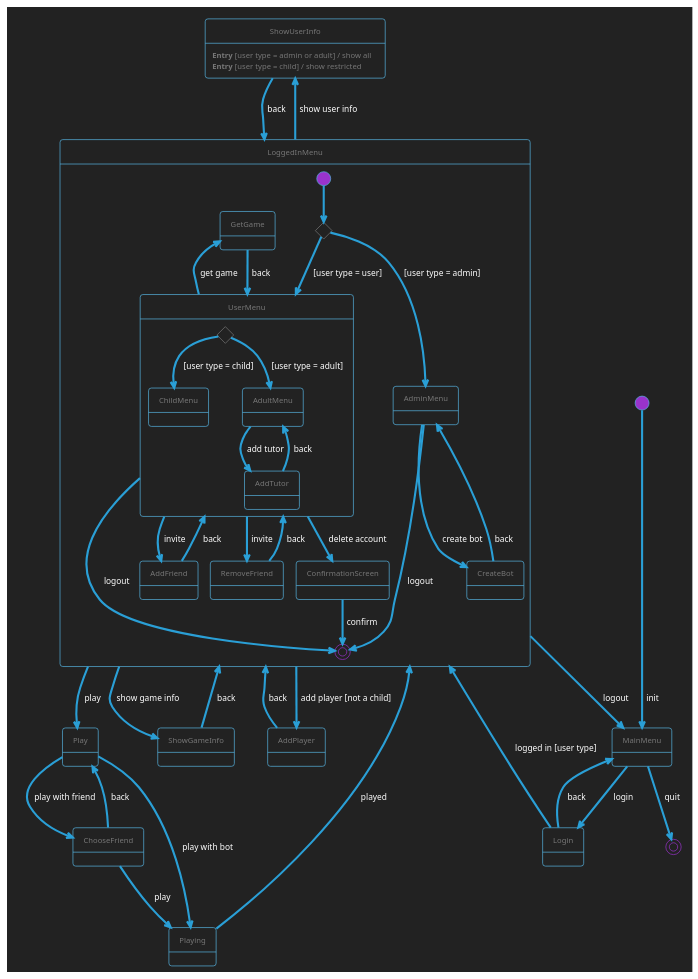
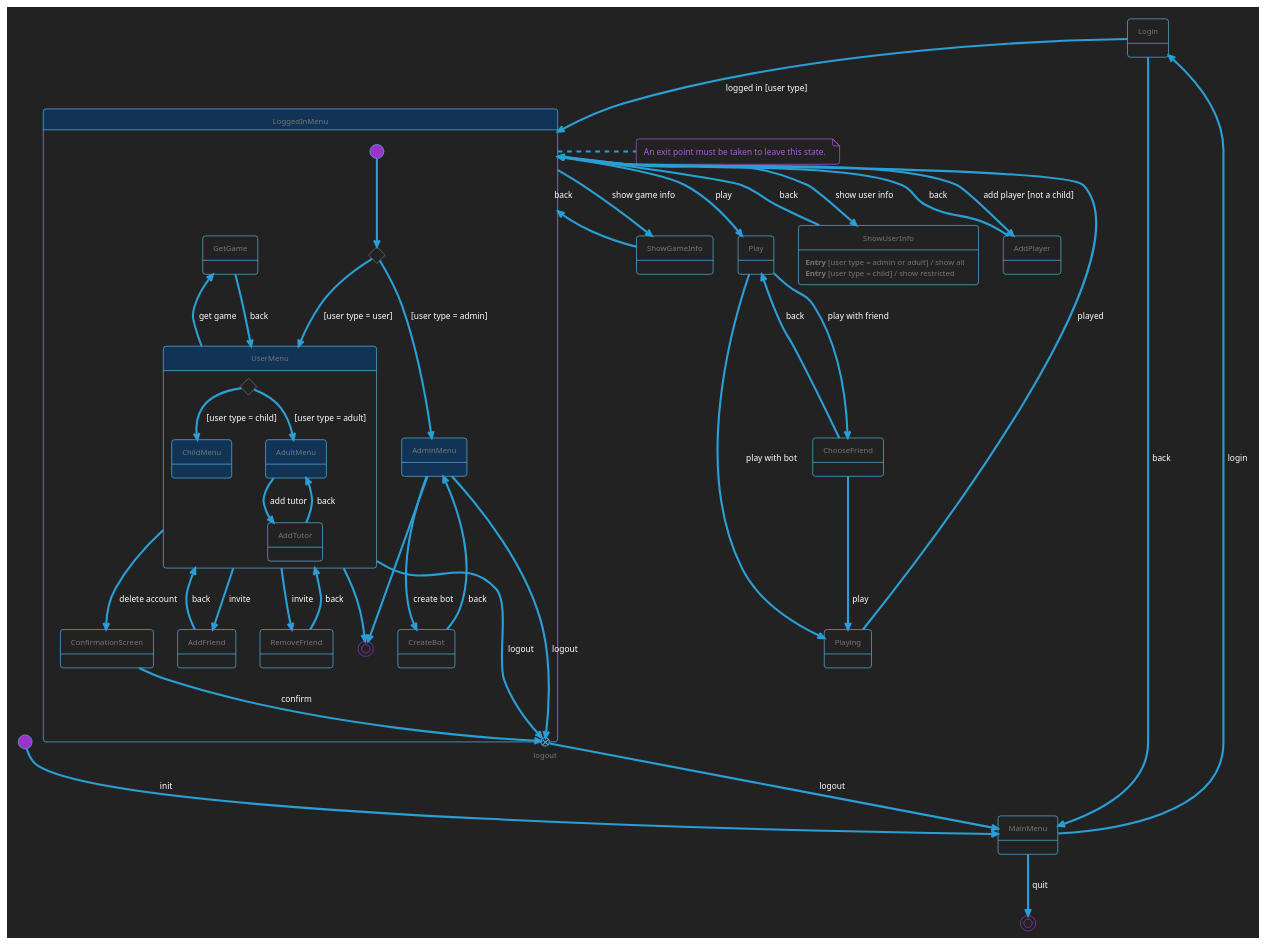
The diagram in docs/menu_state_machine.plantuml (Picorims/game-hub), drawn with PlantUML before and after one commit.

Commit message:
📃 docs(menu): tweak the structure

```diff
--- a/docs/menu_state_machine.plantuml
+++ b/docs/menu_state_machine.plantuml
@@ -1,95 +1,107 @@
 @startuml menu_state_machine
 'MIT License
 '
 'Copyright (c) 2023 Picorims alias Charly Schmidt
 '
 'Permission is hereby granted, free of charge, to any person obtaining a copy
 'of this software and associated documentation files (the "Software"), to deal
 'in the Software without restriction, including without limitation the rights
 'to use, copy, modify, merge, publish, distribute, sublicense, and/or sell
 'copies of the Software, and to permit persons to whom the Software is
 'furnished to do so, subject to the following conditions:
 '
 'The above copyright notice and this permission notice shall be included in all
 'copies or substantial portions of the Software.
 '
 'THE SOFTWARE IS PROVIDED "AS IS", WITHOUT WARRANTY OF ANY KIND, EXPRESS OR
 'IMPLIED, INCLUDING BUT NOT LIMITED TO THE WARRANTIES OF MERCHANTABILITY,
 'FITNESS FOR A PARTICULAR PURPOSE AND NONINFRINGEMENT. IN NO EVENT SHALL THE
 'AUTHORS OR COPYRIGHT HOLDERS BE LIABLE FOR ANY CLAIM, DAMAGES OR OTHER
 'LIABILITY, WHETHER IN AN ACTION OF CONTRACT, TORT OR OTHERWISE, ARISING FROM,
 'OUT OF OR IN CONNECTION WITH THE SOFTWARE OR THE USE OR OTHER DEALINGS IN THE
 'SOFTWARE.
 
 !theme cyborg-outline
 skinparam BackgroundColor #222222
 
 state ShowUserInfo
 state ShowGameInfo
 state AddPlayer
 
 [*] --> MainMenu: init
 
 MainMenu --> Login: login
 MainMenu --> [*]: quit
 
 Login --> LoggedInMenu: logged in [user type]
 Login --> MainMenu: back
 
-state LoggedInMenu {
+state LoggedInMenu #113355 {
+    state logout <<exitPoint>>
+
     state loginChoice <<choice>>
     [*] --> loginChoice
     loginChoice --> UserMenu: [user type = user]
     loginChoice --> AdminMenu: [user type = admin]
 
-    AdminMenu --> [*]: logout
+    state AdminMenu #113355
+    AdminMenu --> logout: logout
     AdminMenu --> CreateBot: create bot
+    AdminMenu --> [*]
 
     CreateBot --> AdminMenu: back
 
-    state UserMenu {
+    state UserMenu #113355 {
         state userChoice <<choice>>
         userChoice --> ChildMenu: [user type = child]
         userChoice --> AdultMenu: [user type = adult]
 
+        state ChildMenu #113355
+
+        state AdultMenu #113355
         AdultMenu --> AddTutor: add tutor
 
         AddTutor --> AdultMenu: back
     }
     UserMenu --> AddFriend: invite
     UserMenu --> RemoveFriend: invite
     UserMenu -up-> GetGame: get game
-    UserMenu --> [*]: logout
+    UserMenu --> logout: logout
     UserMenu --> ConfirmationScreen: delete account
+    UserMenu --> [*]
 
-    ConfirmationScreen --> [*]: confirm
+    ConfirmationScreen --> logout: confirm
 
     GetGame --> UserMenu: back
 
     AddFriend --> UserMenu: back
 
     RemoveFriend --> UserMenu: back
 }
-LoggedInMenu --> MainMenu: logout
+logout --> MainMenu: logout
 LoggedInMenu --> ShowUserInfo: show user info
 LoggedInMenu --> ShowGameInfo: show game info
 LoggedInMenu --> AddPlayer: add player [not a child]
 LoggedInMenu --> Play: play
+
+note right of LoggedInMenu
+    An exit point must be taken to leave this state.
+end note
 
 ShowUserInfo: <b>Entry</b> [user type = admin or adult] / show all
 ShowUserInfo: <b>Entry</b> [user type = child] / show restricted
 ShowUserInfo --> LoggedInMenu: back
 
 ShowGameInfo --> LoggedInMenu: back
 
 AddPlayer --> LoggedInMenu: back
 
 Play --> ChooseFriend: play with friend
 Play --> Playing: play with bot
 
 ChooseFriend --> Playing: play
 ChooseFriend --> Play: back
 
 Playing --> LoggedInMenu: played
 
 @enduml
```
